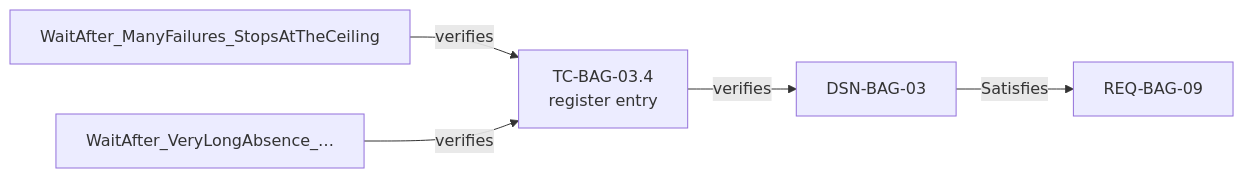
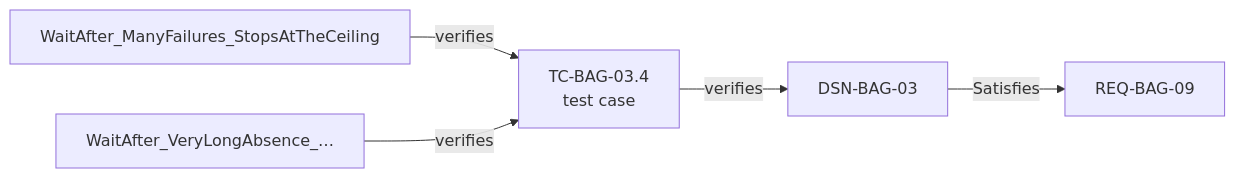
The diagram in docs/tests/beacon-dotnet.md (Lightbridge-KS/qmstrace), drawn with Mermaid before and after one commit. The commit also changed other lines of this file and 6 other files, not shown here.

````diff
--- a/docs/tests/beacon-dotnet.md
+++ b/docs/tests/beacon-dotnet.md
@@ -42,6 +51,6 @@
 ```mermaid
 flowchart LR
-  m1["WaitAfter_ManyFailures_StopsAtTheCeiling"] -->|verifies| tc["TC-BAG-03.4<br/>register entry"]
+  m1["WaitAfter_ManyFailures_StopsAtTheCeiling"] -->|verifies| tc["TC-BAG-03.4<br/>test case"]
   m2["WaitAfter_VeryLongAbsence_…"] -->|verifies| tc
   tc -->|verifies| d["DSN-BAG-03"] -->|Satisfies| r["REQ-BAG-09"]
 ```
````
